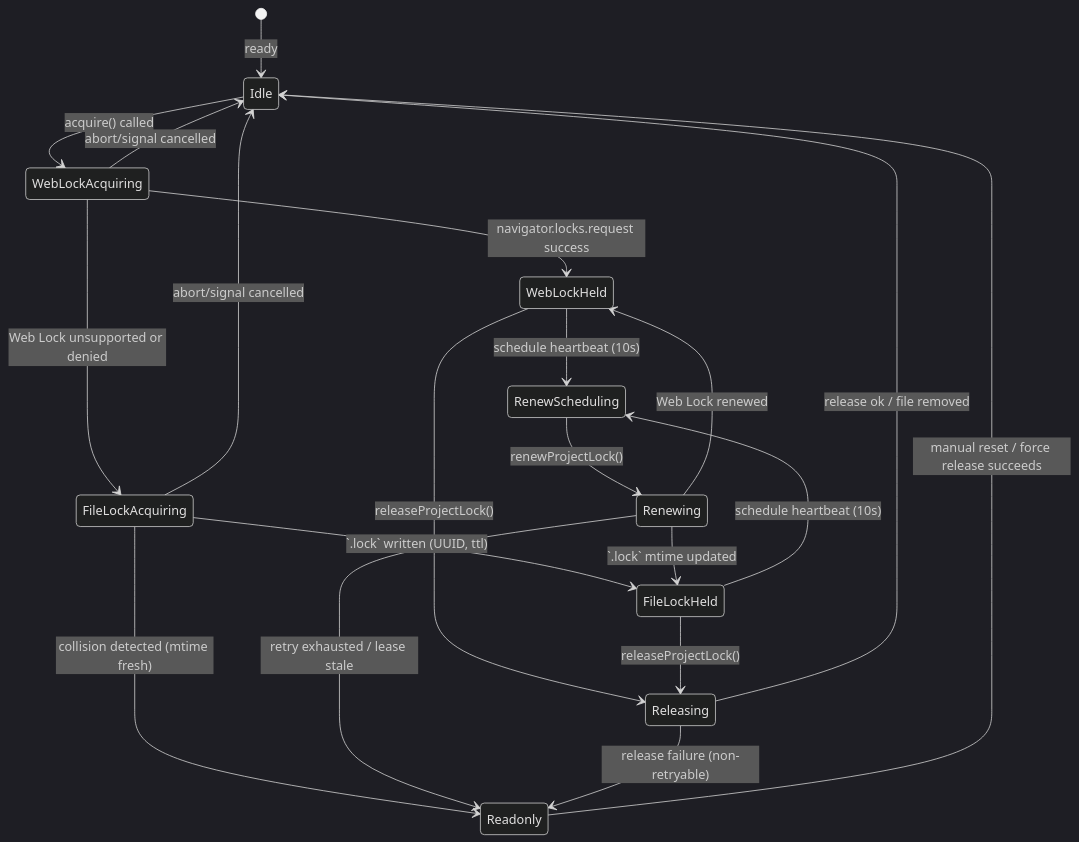
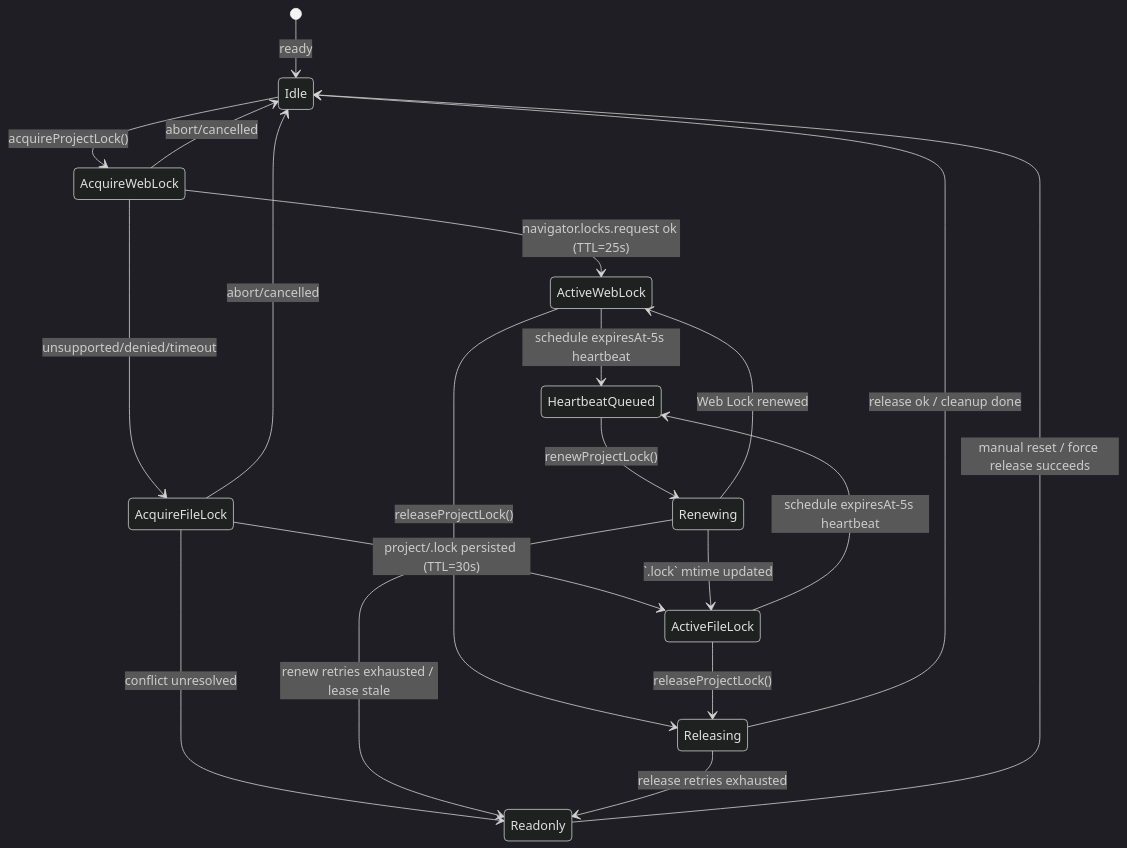
One commit to RNA4219/Conimgponic changed the diagram in docs/design/autosave-locks.md. Above: the diagram before and after it, drawn with Mermaid (dark theme). The commit also changed other lines of this file, not shown here.

Commit message:
docs: refine autosave lock orchestration

````diff
--- a/docs/design/autosave-locks.md
+++ b/docs/design/autosave-locks.md
@@ -6,22 +16,22 @@
 ```mermaid
 stateDiagram-v2
     [*] --> Idle: ready
-    Idle --> WebLockAcquiring: acquire() called
-    WebLockAcquiring --> WebLockHeld: navigator.locks.request success
-    WebLockAcquiring --> FileLockAcquiring: Web Lock unsupported or denied
-    WebLockAcquiring --> Idle: abort/signal cancelled
-    FileLockAcquiring --> FileLockHeld: `.lock` written (UUID, ttl)
-    FileLockAcquiring --> Readonly: collision detected (mtime fresh)
-    FileLockAcquiring --> Idle: abort/signal cancelled
-    WebLockHeld --> RenewScheduling: schedule heartbeat (10s)
-    FileLockHeld --> RenewScheduling: schedule heartbeat (10s)
-    RenewScheduling --> Renewing: renewProjectLock()
-    Renewing --> WebLockHeld: Web Lock renewed
-    Renewing --> FileLockHeld: `.lock` mtime updated
-    Renewing --> Readonly: retry exhausted / lease stale
-    WebLockHeld --> Releasing: releaseProjectLock()
-    FileLockHeld --> Releasing: releaseProjectLock()
-    Releasing --> Idle: release ok / file removed
-    Releasing --> Readonly: release failure (non-retryable)
+    Idle --> AcquireWebLock: acquireProjectLock()
+    AcquireWebLock --> ActiveWebLock: navigator.locks.request ok (TTL=25s)
+    AcquireWebLock --> AcquireFileLock: unsupported/denied/timeout
+    AcquireWebLock --> Idle: abort/cancelled
+    AcquireFileLock --> ActiveFileLock: project/.lock persisted (TTL=30s)
+    AcquireFileLock --> Readonly: conflict unresolved
+    AcquireFileLock --> Idle: abort/cancelled
+    ActiveWebLock --> HeartbeatQueued: schedule expiresAt-5s heartbeat
+    ActiveFileLock --> HeartbeatQueued: schedule expiresAt-5s heartbeat
+    HeartbeatQueued --> Renewing: renewProjectLock()
+    Renewing --> ActiveWebLock: Web Lock renewed
+    Renewing --> ActiveFileLock: `.lock` mtime updated
+    Renewing --> Readonly: renew retries exhausted / lease stale
+    ActiveWebLock --> Releasing: releaseProjectLock()
+    ActiveFileLock --> Releasing: releaseProjectLock()
+    Releasing --> Idle: release ok / cleanup done
+    Releasing --> Readonly: release retries exhausted
     Readonly --> Idle: manual reset / force release succeeds
 ```
````
